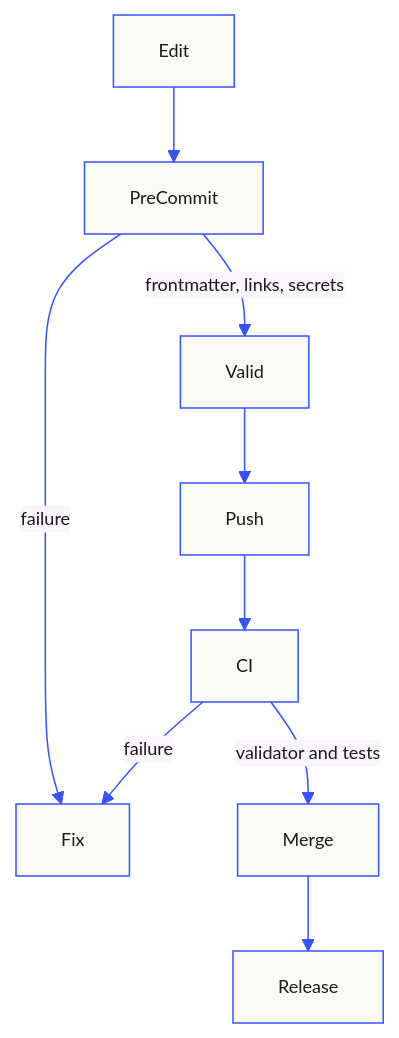
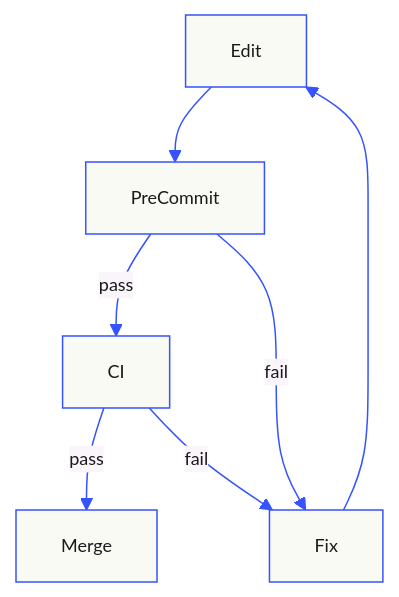
One commit to TechnoBureau/ai-init changed the second of 2 diagrams in docs/architecture.md. Above: the diagram before and after it, drawn with Mermaid. The commit also changed other lines of this file and 42 other files, not shown here.

````diff
--- a/docs/architecture.md
+++ b/docs/architecture.md
@@ -42,12 +64,10 @@
 ```mermaid
 %%{init: {'theme':'base','themeVariables':{'primaryColor':'#fafaf5','primaryTextColor':'#1a1a1a','primaryBorderColor':'#3553ff','lineColor':'#3553ff','fontFamily':'JetBrains Mono','fontSize':'12px'}}}%%
 flowchart TB
   Edit --> PreCommit
-  PreCommit -->|frontmatter, links, secrets| Valid
-  PreCommit -->|failure| Fix
-  Valid --> Push
-  Push --> CI
-  CI -->|validator and tests| Merge
-  CI -->|failure| Fix
-  Merge --> Release
+  PreCommit -->|pass| CI
+  PreCommit -->|fail| Fix
+  CI -->|pass| Merge
+  CI -->|fail| Fix
+  Fix --> Edit
 ```
````
